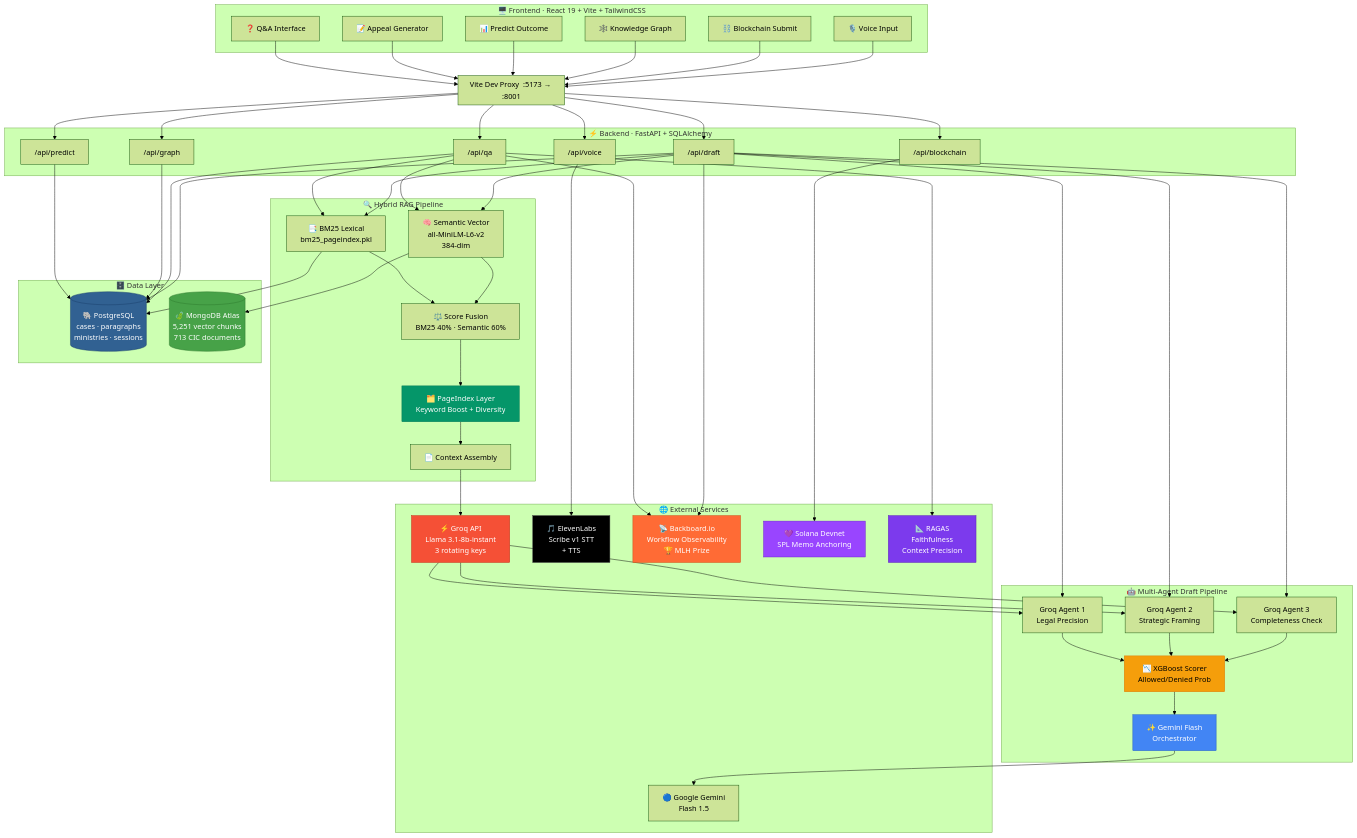
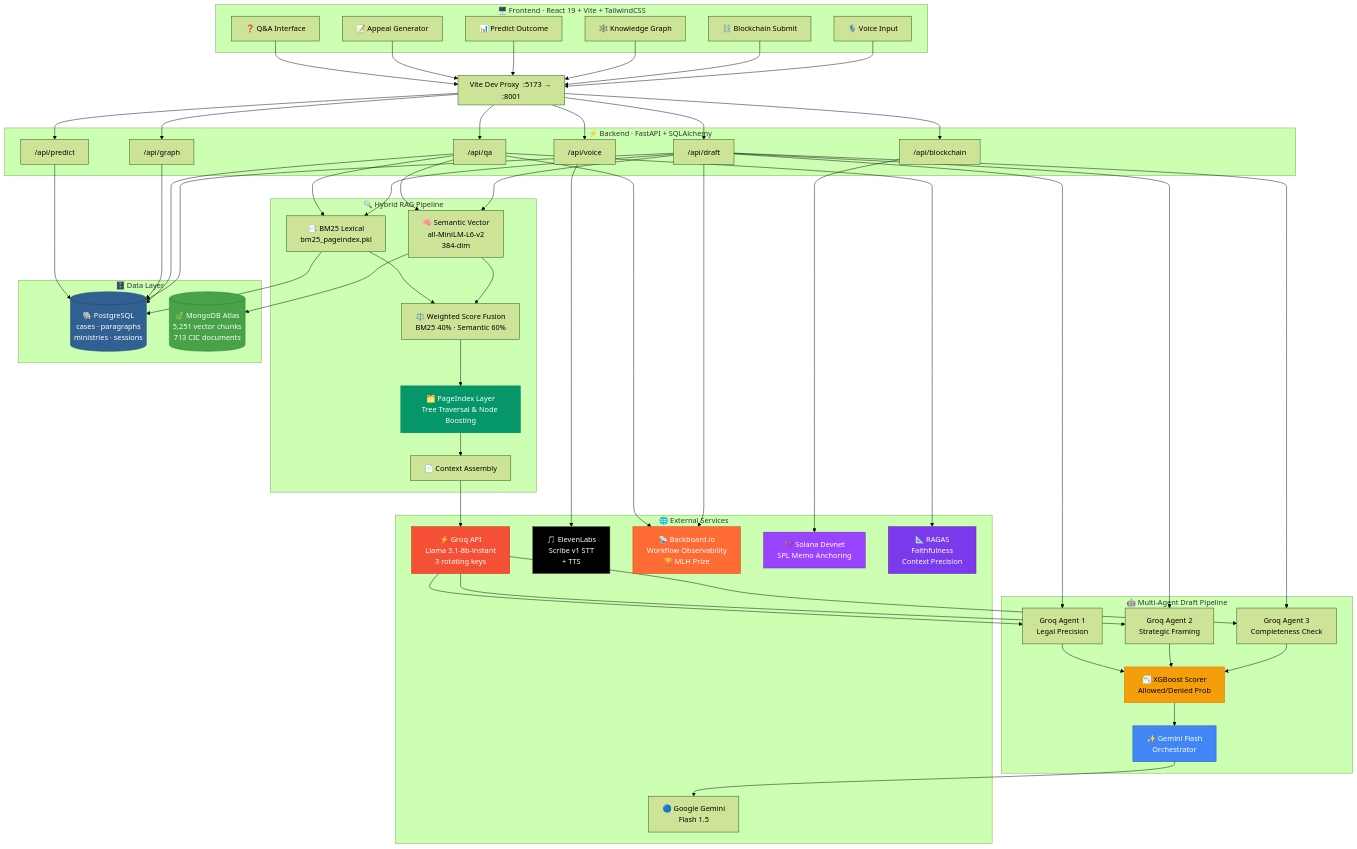
The first of 3 diagrams in README.md (MohitSahoo/RTI_Lens), drawn with Mermaid (forest theme) before and after one commit. The commit also changed other lines of this file and 8 other files, not shown here.

```diff
--- a/README.md
+++ b/README.md
@@ -87,8 +96,8 @@
     subgraph RAG["🔍 Hybrid RAG Pipeline"]
         BM25["📑 BM25 Lexical\nbm25_pageindex.pkl"]
         VEC["🧠 Semantic Vector\nall-MiniLM-L6-v2\n384-dim"]
-        FUSE["⚖️ Score Fusion\nBM25 40% · Semantic 60%"]
-        PI["🗂️ PageIndex Layer\nKeyword Boost + Diversity"]
+        FUSE["⚖️ Weighted Score Fusion\nBM25 40% · Semantic 60%"]
+        PI["🗂️ PageIndex Layer\nTree Traversal & Node Boosting"]
         CTX["📄 Context Assembly"]
     end
 
```
